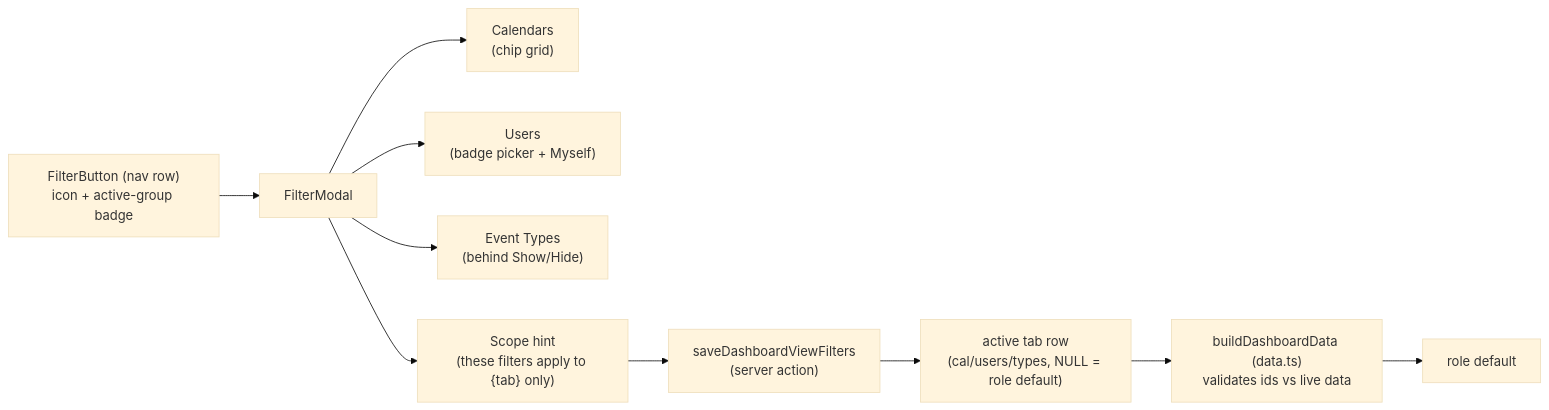
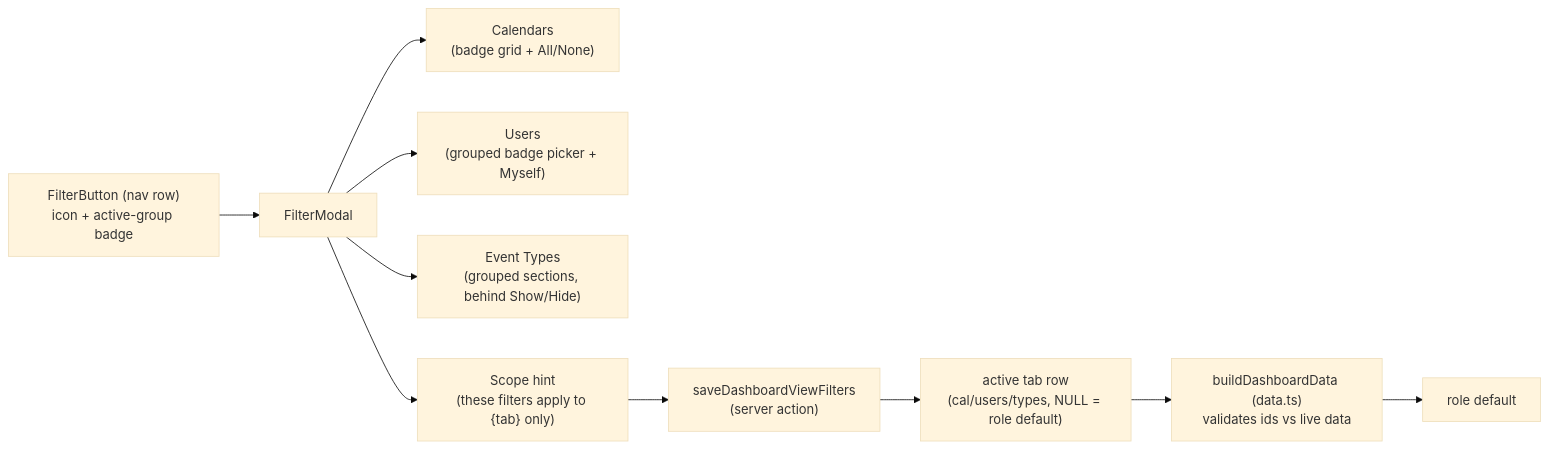
Before and after one commit to oncloudnintynineone-source/cloudy2: the second of 9 diagrams in docs/dashboard-views.md, drawn with Mermaid (base theme). The commit also changed other lines of this file and 15 other files, not shown here.

Commit message:
Unify filter modals with grouped sections and badge pickers

````diff
--- a/docs/dashboard-views.md
+++ b/docs/dashboard-views.md
@@ -501,12 +517,12 @@
 ```mermaid
 flowchart LR
  FB["FilterButton (nav row)<br/>icon + active-group badge"] --> FM["FilterModal"]
- FM --> CAL["Calendars<br/>(chip grid)"]
- FM --> US["Users<br/>(badge picker + Myself)"]
- FM --> ET["Event Types<br/>(behind Show/Hide)"]
+ FM --> CAL["Calendars<br/>(badge grid + All/None)"]
+ FM --> US["Users<br/>(grouped badge picker + Myself)"]
+ FM --> ET["Event Types<br/>(grouped sections, behind Show/Hide)"]
  FM --> HINT["Scope hint<br/>(these filters apply to {tab} only)"]
  HINT --> APPLY["saveDashboardViewFilters<br/>(server action)"]
  APPLY --> ROW["active tab row<br/>(cal/users/types, NULL = role default)"]
  ROW --> RESOLVE["buildDashboardData (data.ts)<br/>validates ids vs live data"]
  RESOLVE --> DEF["role default"]
 ```
````
